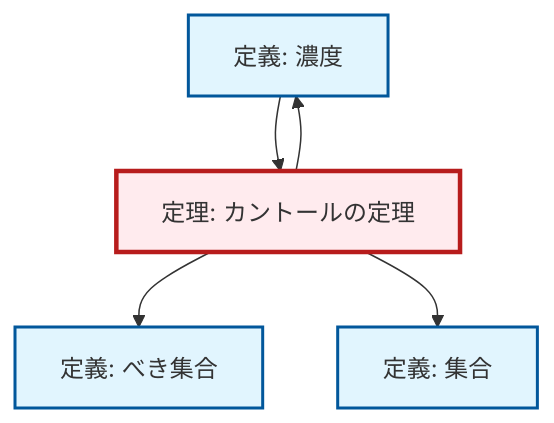
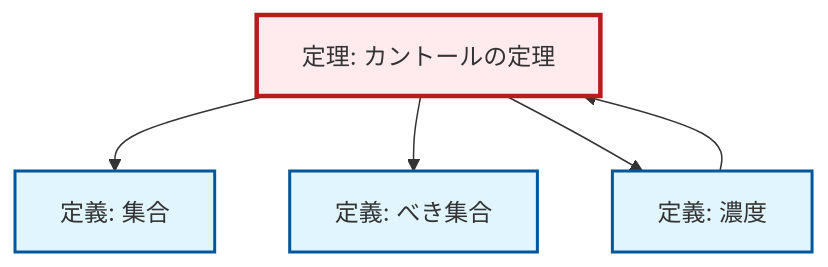
Before and after one commit to RK0429/ModernMath: the second of 2 diagrams in content/ja/logic-set-theory/thm-cantor.qmd, drawn with Mermaid. The commit also changed other lines of this file and 328 other files, not shown here.

````diff
--- a/content/ja/logic-set-theory/thm-cantor.qmd
+++ b/content/ja/logic-set-theory/thm-cantor.qmd
@@ -72,21 +72,21 @@
 ```{mermaid}
 %%| fig-cap: "ローカル依存関係グラフ"
 graph TD
     classDef definition fill:#e1f5fe,stroke:#01579b,stroke-width:2px
     classDef theorem fill:#f3e5f5,stroke:#4a148c,stroke-width:2px
     classDef axiom fill:#fff3e0,stroke:#e65100,stroke-width:2px
     classDef example fill:#e8f5e9,stroke:#1b5e20,stroke-width:2px
     classDef current fill:#ffebee,stroke:#b71c1c,stroke-width:3px
     def-set["定義: 集合"]:::definition
+    thm-cantor["定理: カントールの定理"]:::theorem
     def-power-set["定義: べき集合"]:::definition
     def-cardinality["定義: 濃度"]:::definition
-    thm-cantor["定理: カントールの定理"]:::theorem
+    thm-cantor --> def-set
+    def-cardinality --> thm-cantor
     thm-cantor --> def-power-set
     thm-cantor --> def-cardinality
-    thm-cantor --> def-set
-    def-cardinality --> thm-cantor
     class thm-cantor current
     click def-set "def-set.html" "集合の定義へ"
     click def-power-set "def-power-set.html" "べき集合の定義へ"
     click def-cardinality "def-cardinality.html" "濃度の定義へ"
 ```
````
